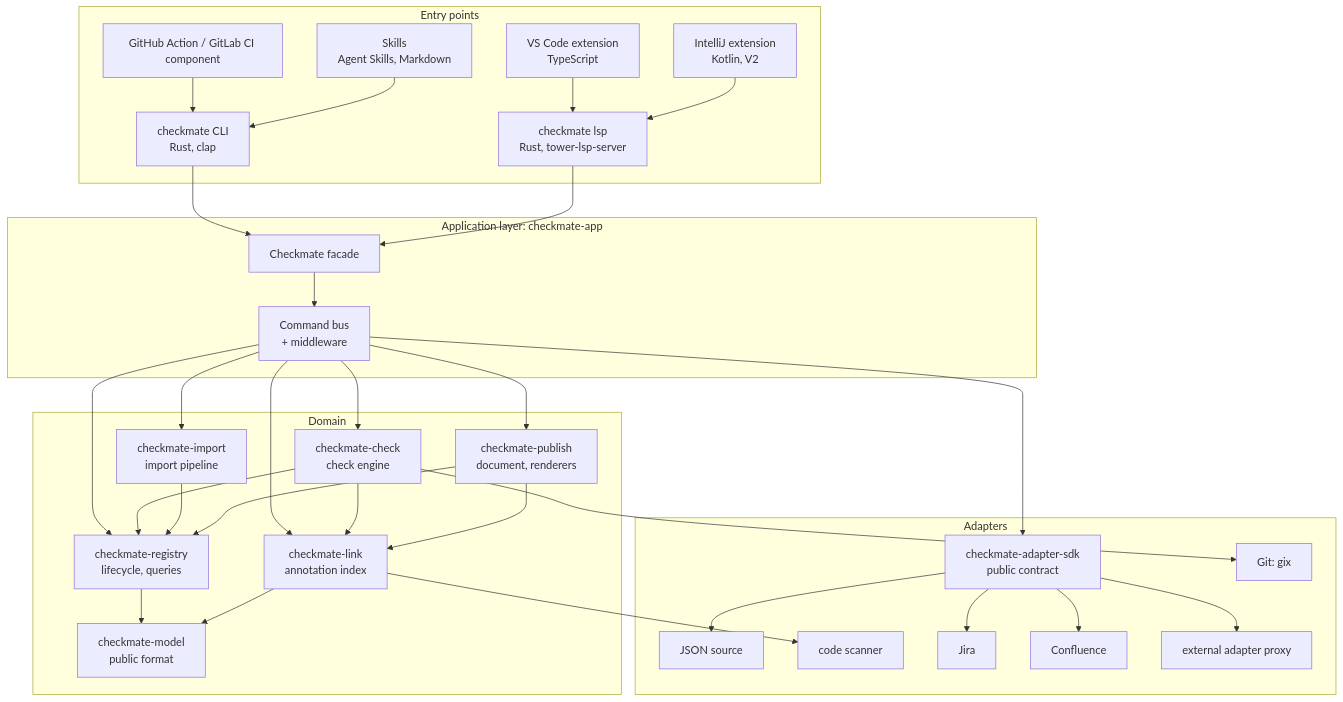
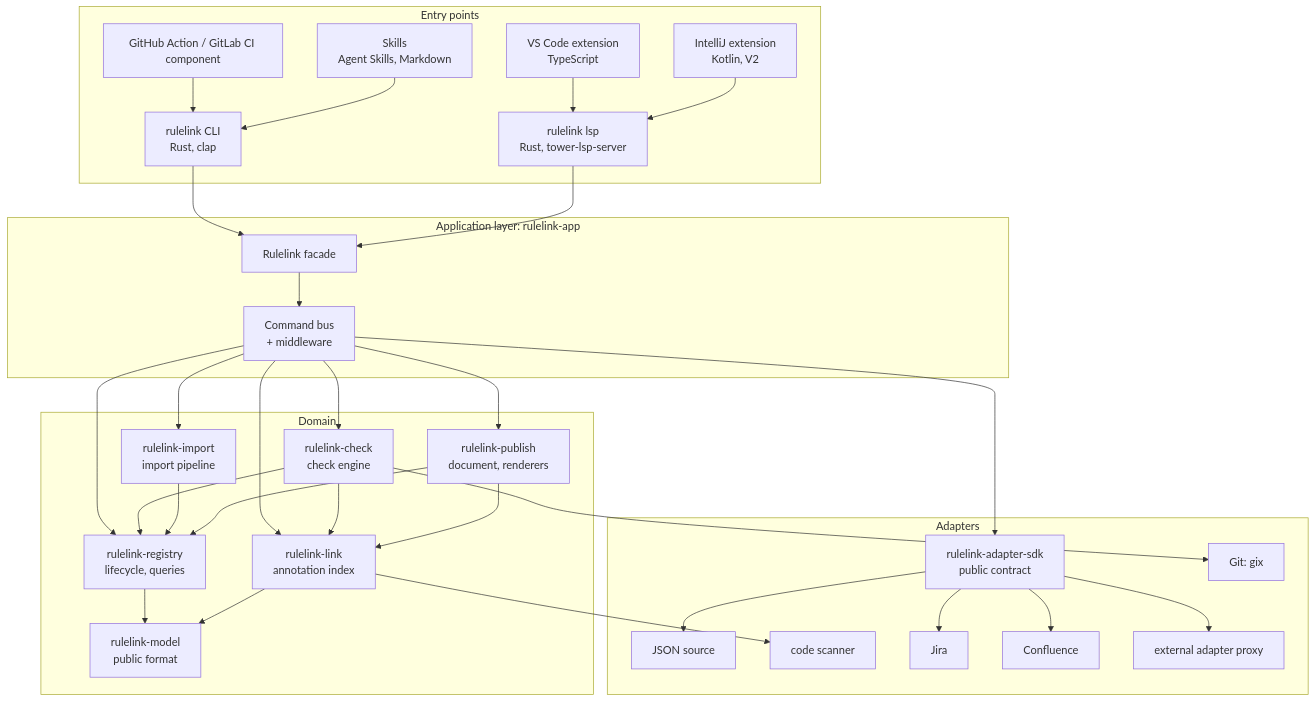
The second of 7 diagrams in docs/architecture/00-global-architecture.md (E-Jacques/Rulelink), drawn with Mermaid before and after one commit. The commit also changed other lines of this file and 126 other files, not shown here.

First line of the commit message:
chore: rename the project from Checkmate to Rulelink (#6)

````diff
--- a/docs/architecture/00-global-architecture.md
+++ b/docs/architecture/00-global-architecture.md
@@ -111,53 +111,53 @@
 ```mermaid
 flowchart TB
     subgraph EP["Entry points"]
-        CLI["checkmate CLI<br/>Rust, clap"]
-        LSP["checkmate lsp<br/>Rust, tower-lsp-server"]
+        CLI["rulelink CLI<br/>Rust, clap"]
+        LSP["rulelink lsp<br/>Rust, tower-lsp-server"]
         GHA["GitHub Action / GitLab CI component"]
         VSC["VS Code extension<br/>TypeScript"]
         IJ["IntelliJ extension<br/>Kotlin, V2"]
         SK["Skills<br/>Agent Skills, Markdown"]
     end
 
-    subgraph APP["Application layer: checkmate-app"]
-        FAC["Checkmate facade"]
+    subgraph APP["Application layer: rulelink-app"]
+        FAC["Rulelink facade"]
         BUS["Command bus<br/>+ middleware"]
     end
 
     subgraph DOM["Domain"]
-        MOD["checkmate-model<br/>public format"]
-        REG["checkmate-registry<br/>lifecycle, queries"]
-        LNK["checkmate-link<br/>annotation index"]
-        CHK["checkmate-check<br/>check engine"]
-        IMP["checkmate-import<br/>import pipeline"]
-        PUB["checkmate-publish<br/>document, renderers"]
+        MOD["rulelink-model<br/>public format"]
+        REG["rulelink-registry<br/>lifecycle, queries"]
+        LNK["rulelink-link<br/>annotation index"]
+        CHK["rulelink-check<br/>check engine"]
+        IMP["rulelink-import<br/>import pipeline"]
+        PUB["rulelink-publish<br/>document, renderers"]
     end
 
     subgraph ADP["Adapters"]
-        SDK["checkmate-adapter-sdk<br/>public contract"]
+        SDK["rulelink-adapter-sdk<br/>public contract"]
         JSON["JSON source"]
         SCAN["code scanner"]
         JIRA["Jira"]
         CONF["Confluence"]
         EXT["external adapter proxy"]
         GIT["Git: gix"]
     end
 
     GHA --> CLI
     SK --> CLI
     VSC --> LSP
     IJ --> LSP
     CLI --> FAC
     LSP --> FAC
     FAC --> BUS
     BUS --> REG & LNK & CHK & IMP & PUB
     REG --> MOD
     LNK --> MOD
     CHK --> REG & LNK
     IMP --> REG
     PUB --> REG & LNK
     BUS --> SDK
     SDK --> JSON & JIRA & CONF & EXT
     LNK --> SCAN
     CHK --> GIT
 ```
````
